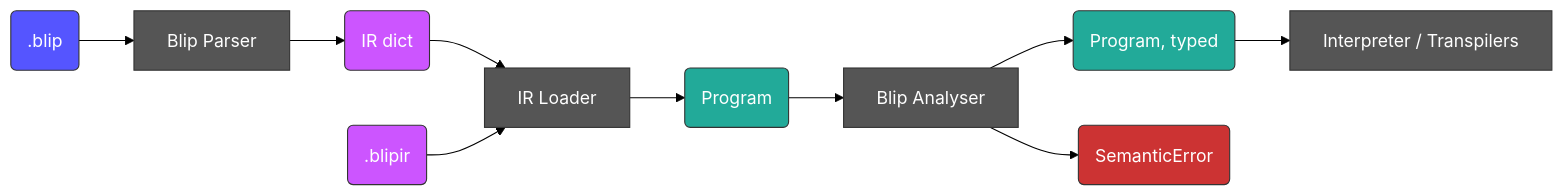
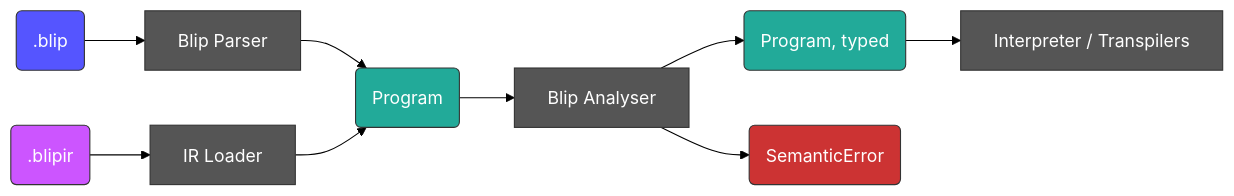
Before and after one commit to psysrc/blip: the diagram in docs/design_analysis.md, drawn with Mermaid (forest theme). The commit also changed other lines of this file, not shown here.

````diff
--- a/docs/design_analysis.md
+++ b/docs/design_analysis.md
@@ -22,29 +22,28 @@
 ```mermaid
 flowchart LR
     blip(.blip)
     blipir(.blipir)
     parser[Blip Parser]
     load[IR Loader]
     analyser[Blip Analyser]
     tree(Program)
     typed(Program, typed)
     err(SemanticError)
     consumers[Interpreter / Transpilers]
 
-    blip --> parser --> parsed(IR dict) --> load
-    blipir --> load
-    load --> tree --> analyser
+    blip --> parser --> tree
+    blipir --> load --> tree
+    tree --> analyser
     analyser --> typed --> consumers
     analyser --> err
 
     style blip fill:#55f,color:#fff,stroke:#333
     style blipir fill:#c5f,color:#fff,stroke:#333
-    style parsed fill:#c5f,color:#fff,stroke:#333
     style parser fill:#555,color:#fff,stroke:#333
     style load fill:#555,color:#fff,stroke:#333
     style analyser fill:#555,color:#fff,stroke:#333
     style tree fill:#2a9,color:#fff,stroke:#333
     style typed fill:#2a9,color:#fff,stroke:#333
     style consumers fill:#555,color:#fff,stroke:#333
     style err fill:#c33,color:#fff,stroke:#333
 ```
````
